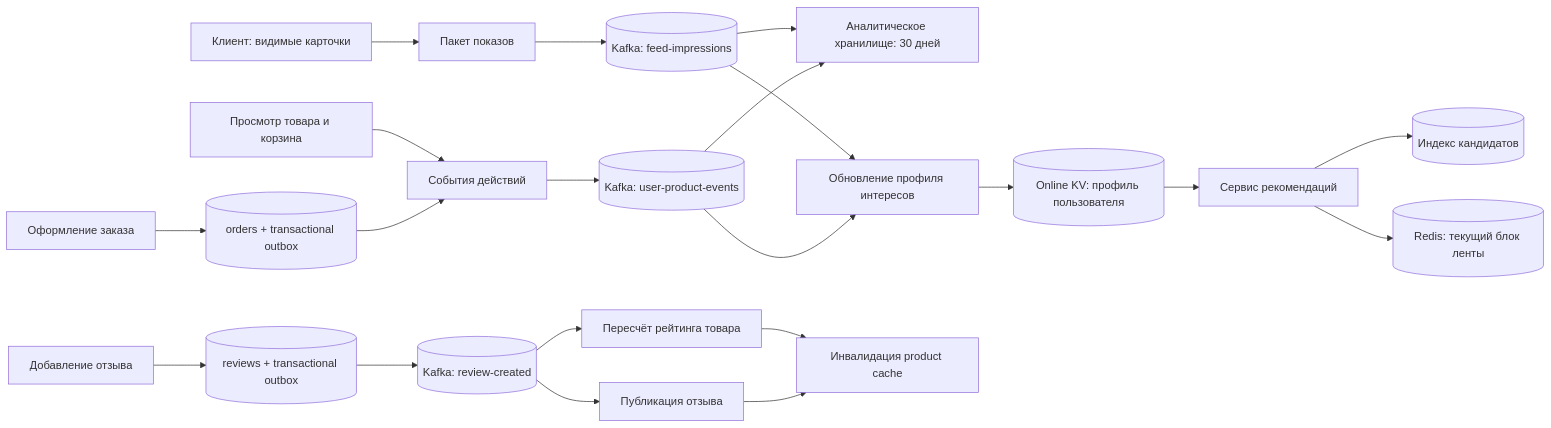
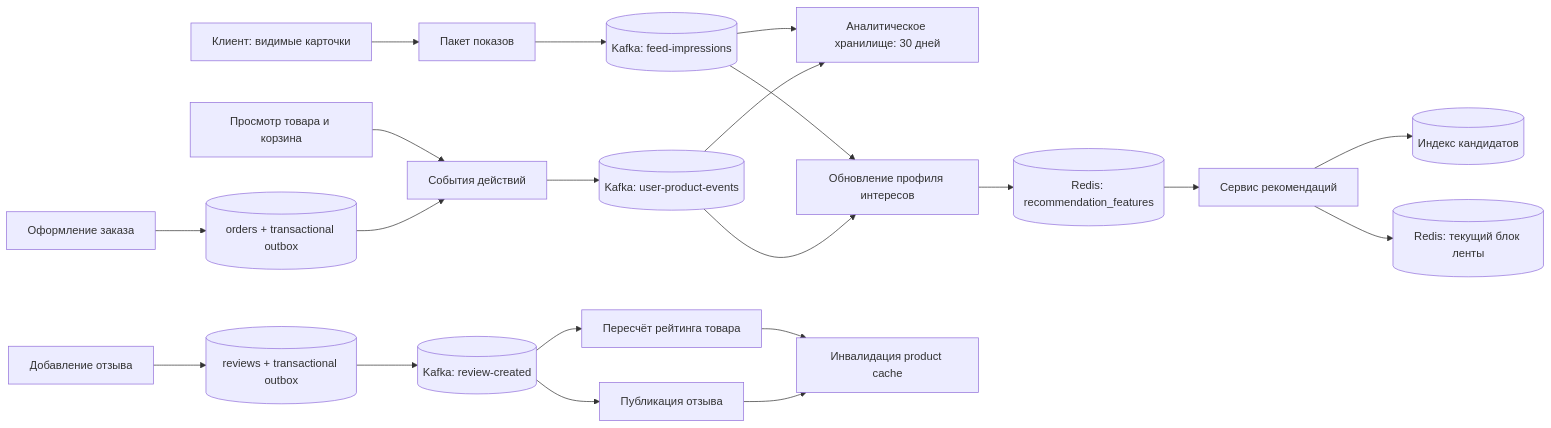
One commit to amklimenkov752/tp_highload_2026 changed the fourth of 6 diagrams in README.md. Above: the diagram before and after it, drawn with Mermaid. The commit also changed other lines of this file, not shown here.

````diff
--- a/README.md
+++ b/README.md
@@ -823,24 +828,24 @@
 ```mermaid
 flowchart LR
     UI[Клиент: видимые карточки] --> TE[Пакет показов]
     A[Просмотр товара и корзина] --> UE[События действий]
     O[Оформление заказа] --> OB[(orders + transactional outbox)]
     OB --> UE
     TE --> E[(Kafka: feed-impressions)]
     UE --> EV[(Kafka: user-product-events)]
     E --> AN[Аналитическое хранилище: 30 дней]
     EV --> AN
     E --> FC[Обновление профиля интересов]
     EV --> FC
-    FC --> KV[(Online KV: профиль пользователя)]
+    FC --> KV[(Redis: recommendation_features)]
     KV --> RS[Сервис рекомендаций]
     RS --> FI[(Индекс кандидатов)]
     RS --> FE[(Redis: текущий блок ленты)]
 
     R[Добавление отзыва] --> DB[(reviews + transactional outbox)]
     DB --> RE[(Kafka: review-created)]
     RE --> RC[Пересчёт рейтинга товара]
     RE --> RP[Публикация отзыва]
     RC --> PC[Инвалидация product cache]
     RP --> PC
 ```
````
